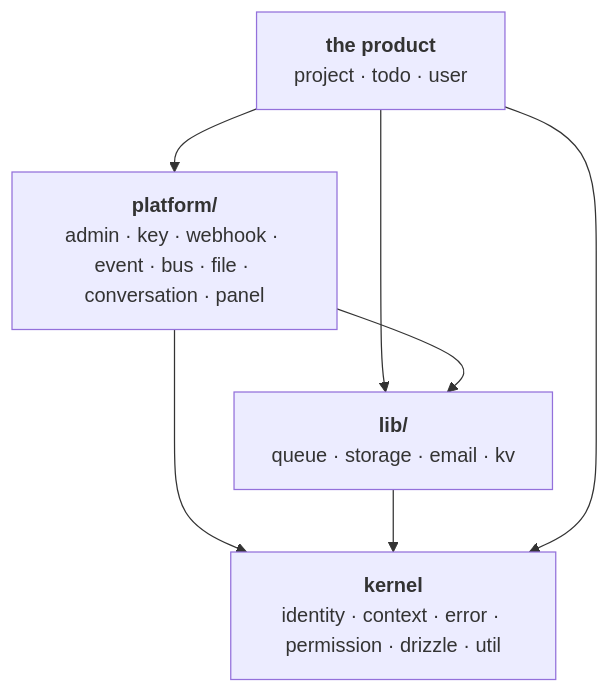
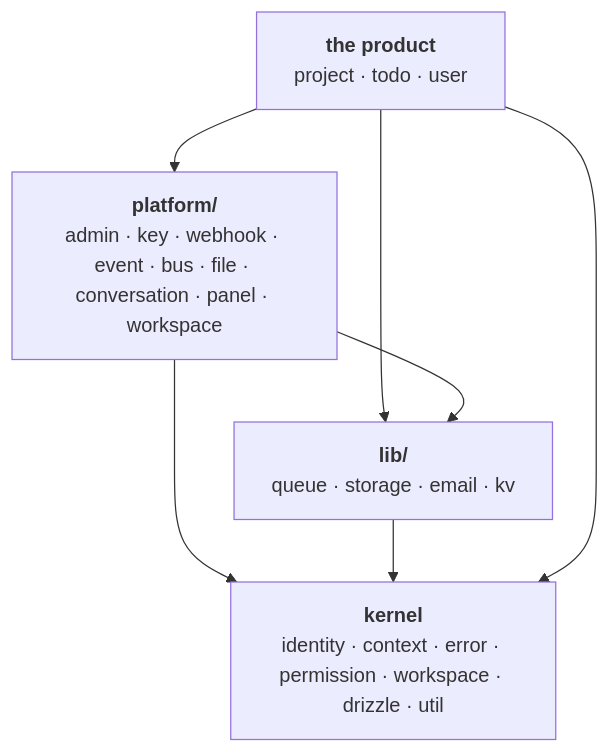
The diagram in docs/core.md (andre-brandao/template), drawn with Mermaid before and after one commit. The commit also changed other lines of this file and 101 other files, not shown here.

````diff
--- a/docs/core.md
+++ b/docs/core.md
@@ -6,14 +6,14 @@
 ```mermaid
 graph TD
   domain["<b>the product</b><br/>project · todo · user"]
-  platform["<b>platform/</b><br/>admin · key · webhook · event · bus · file · conversation · panel"]
+  platform["<b>platform/</b><br/>admin · key · webhook · event · bus · file · conversation · panel · workspace"]
   lib["<b>lib/</b><br/>queue · storage · email · kv"]
-  kernel["<b>kernel</b><br/>identity · context · error · permission · drizzle · util"]
+  kernel["<b>kernel</b><br/>identity · context · error · permission · workspace · drizzle · util"]
 
   domain --> platform
   domain --> lib
   platform --> lib
   platform --> kernel
   lib --> kernel
   domain --> kernel
 ```
````
